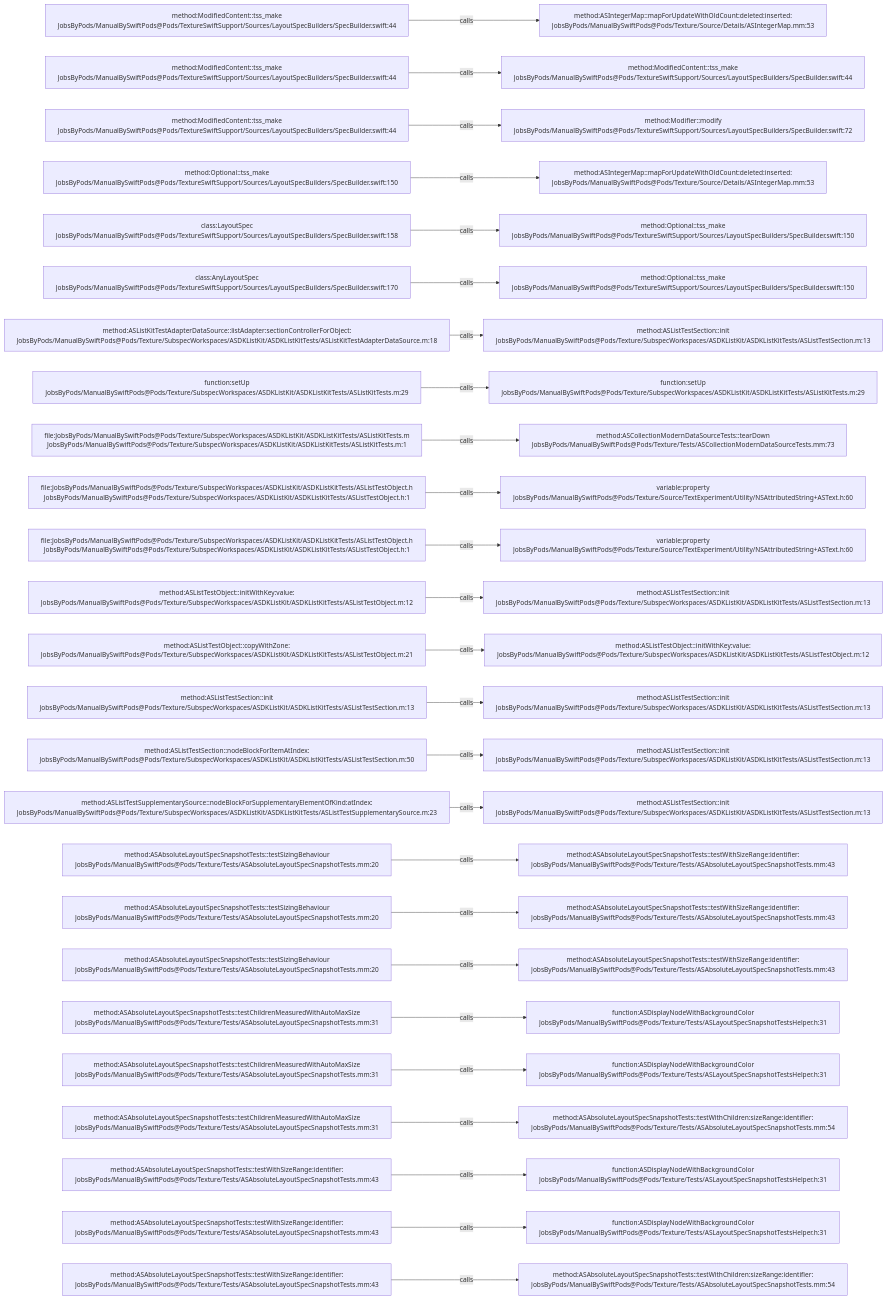
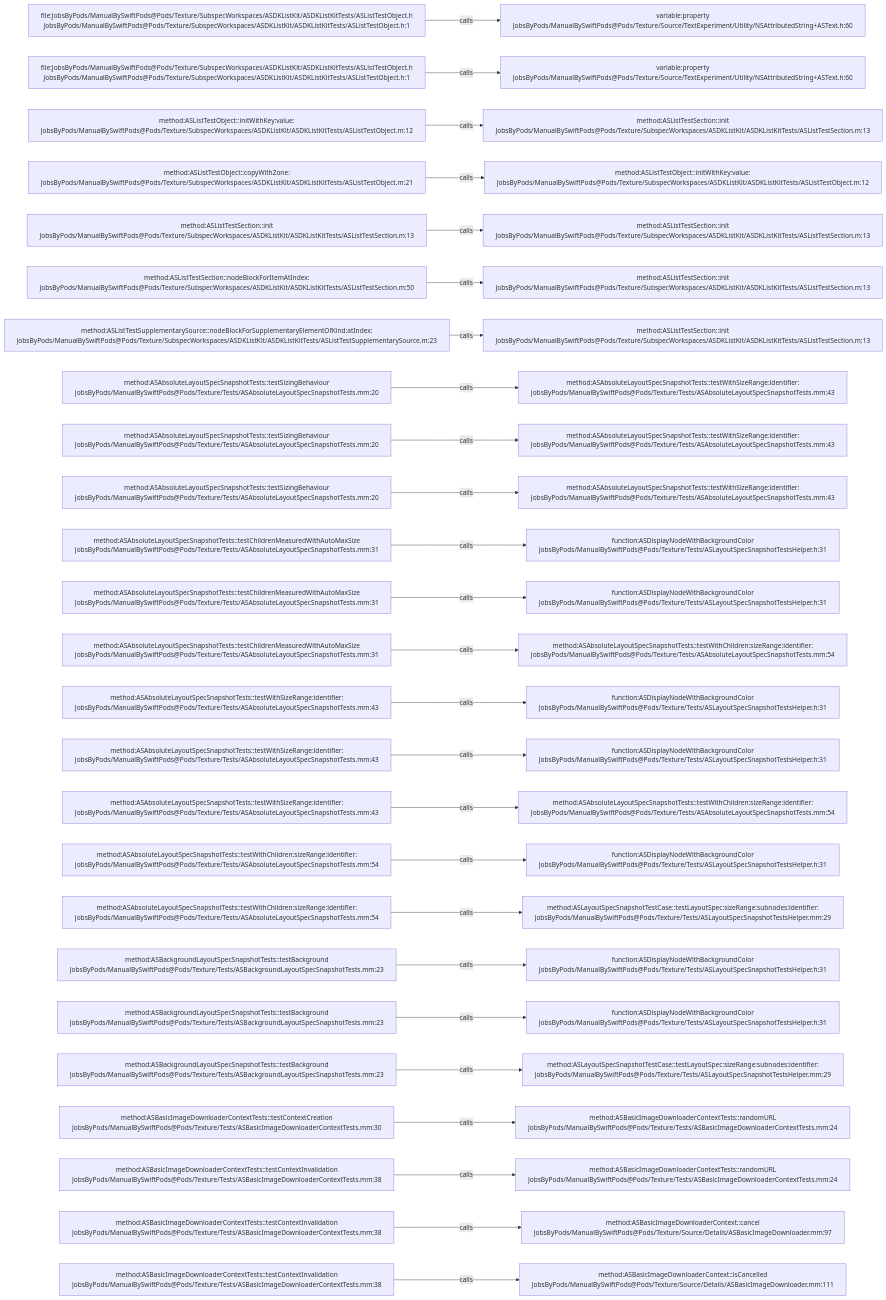
Before and after one commit to JobsKits/JobsSwiftBaseConfigDemo: the diagram in .codegraph/codegraph.md/graphs/calls-160.md, drawn with Mermaid. The commit also changed 707 other files, not shown here.

````diff
--- a/.codegraph/codegraph.md/graphs/calls-160.md
+++ b/.codegraph/codegraph.md/graphs/calls-160.md
@@ -13,78 +13,78 @@
 ```mermaid
 flowchart LR
-  S1["method:ModifiedContent::tss_make<br/>JobsByPods/ManualBySwiftPods@Pods/TextureSwiftSupport/Sources/LayoutSpecBuilders/SpecBuilder.swift:44"]
-  T1["method:ASIntegerMap::mapForUpdateWithOldCount:deleted:inserted:<br/>JobsByPods/ManualBySwiftPods@Pods/Texture/Source/Details/ASIntegerMap.mm:53"]
+  S1["file:JobsByPods/ManualBySwiftPods@Pods/Texture/SubspecWorkspaces/ASDKListKit/ASDKListKitTests/ASListTestObject.h<br/>JobsByPods/ManualBySwiftPods@Pods/Texture/SubspecWorkspaces/ASDKListKit/ASDKListKitTests/ASListTestObject.h:1"]
+  T1["variable:property<br/>JobsByPods/ManualBySwiftPods@Pods/Texture/Source/TextExperiment/Utility/NSAttributedString+ASText.h:60"]
   S1 -->|calls| T1
-  S2["method:ModifiedContent::tss_make<br/>JobsByPods/ManualBySwiftPods@Pods/TextureSwiftSupport/Sources/LayoutSpecBuilders/SpecBuilder.swift:44"]
-  T2["method:ModifiedContent::tss_make<br/>JobsByPods/ManualBySwiftPods@Pods/TextureSwiftSupport/Sources/LayoutSpecBuilders/SpecBuilder.swift:44"]
+  S2["file:JobsByPods/ManualBySwiftPods@Pods/Texture/SubspecWorkspaces/ASDKListKit/ASDKListKitTests/ASListTestObject.h<br/>JobsByPods/ManualBySwiftPods@Pods/Texture/SubspecWorkspaces/ASDKListKit/ASDKListKitTests/ASListTestObject.h:1"]
+  T2["variable:property<br/>JobsByPods/ManualBySwiftPods@Pods/Texture/Source/TextExperiment/Utility/NSAttributedString+ASText.h:60"]
   S2 -->|calls| T2
-  S3["method:ModifiedContent::tss_make<br/>JobsByPods/ManualBySwiftPods@Pods/TextureSwiftSupport/Sources/LayoutSpecBuilders/SpecBuilder.swift:44"]
-  T3["method:Modifier::modify<br/>JobsByPods/ManualBySwiftPods@Pods/TextureSwiftSupport/Sources/LayoutSpecBuilders/SpecBuilder.swift:72"]
+  S3["method:ASListTestObject::initWithKey:value:<br/>JobsByPods/ManualBySwiftPods@Pods/Texture/SubspecWorkspaces/ASDKListKit/ASDKListKitTests/ASListTestObject.m:12"]
+  T3["method:ASListTestSection::init<br/>JobsByPods/ManualBySwiftPods@Pods/Texture/SubspecWorkspaces/ASDKListKit/ASDKListKitTests/ASListTestSection.m:13"]
   S3 -->|calls| T3
-  S4["method:Optional::tss_make<br/>JobsByPods/ManualBySwiftPods@Pods/TextureSwiftSupport/Sources/LayoutSpecBuilders/SpecBuilder.swift:150"]
-  T4["method:ASIntegerMap::mapForUpdateWithOldCount:deleted:inserted:<br/>JobsByPods/ManualBySwiftPods@Pods/Texture/Source/Details/ASIntegerMap.mm:53"]
+  S4["method:ASListTestObject::copyWithZone:<br/>JobsByPods/ManualBySwiftPods@Pods/Texture/SubspecWorkspaces/ASDKListKit/ASDKListKitTests/ASListTestObject.m:21"]
+  T4["method:ASListTestObject::initWithKey:value:<br/>JobsByPods/ManualBySwiftPods@Pods/Texture/SubspecWorkspaces/ASDKListKit/ASDKListKitTests/ASListTestObject.m:12"]
   S4 -->|calls| T4
-  S5["class:LayoutSpec<br/>JobsByPods/ManualBySwiftPods@Pods/TextureSwiftSupport/Sources/LayoutSpecBuilders/SpecBuilder.swift:158"]
-  T5["method:Optional::tss_make<br/>JobsByPods/ManualBySwiftPods@Pods/TextureSwiftSupport/Sources/LayoutSpecBuilders/SpecBuilder.swift:150"]
+  S5["method:ASListTestSection::init<br/>JobsByPods/ManualBySwiftPods@Pods/Texture/SubspecWorkspaces/ASDKListKit/ASDKListKitTests/ASListTestSection.m:13"]
+  T5["method:ASListTestSection::init<br/>JobsByPods/ManualBySwiftPods@Pods/Texture/SubspecWorkspaces/ASDKListKit/ASDKListKitTests/ASListTestSection.m:13"]
   S5 -->|calls| T5
-  S6["class:AnyLayoutSpec<br/>JobsByPods/ManualBySwiftPods@Pods/TextureSwiftSupport/Sources/LayoutSpecBuilders/SpecBuilder.swift:170"]
-  T6["method:Optional::tss_make<br/>JobsByPods/ManualBySwiftPods@Pods/TextureSwiftSupport/Sources/LayoutSpecBuilders/SpecBuilder.swift:150"]
+  S6["method:ASListTestSection::nodeBlockForItemAtIndex:<br/>JobsByPods/ManualBySwiftPods@Pods/Texture/SubspecWorkspaces/ASDKListKit/ASDKListKitTests/ASListTestSection.m:50"]
+  T6["method:ASListTestSection::init<br/>JobsByPods/ManualBySwiftPods@Pods/Texture/SubspecWorkspaces/ASDKListKit/ASDKListKitTests/ASListTestSection.m:13"]
   S6 -->|calls| T6
-  S7["method:ASListKitTestAdapterDataSource::listAdapter:sectionControllerForObject:<br/>JobsByPods/ManualBySwiftPods@Pods/Texture/SubspecWorkspaces/ASDKListKit/ASDKListKitTests/ASListKitTestAdapterDataSource.m:18"]
+  S7["method:ASListTestSupplementarySource::nodeBlockForSupplementaryElementOfKind:atIndex:<br/>JobsByPods/ManualBySwiftPods@Pods/Texture/SubspecWorkspaces/ASDKListKit/ASDKListKitTests/ASListTestSupplementarySource.m:23"]
   T7["method:ASListTestSection::init<br/>JobsByPods/ManualBySwiftPods@Pods/Texture/SubspecWorkspaces/ASDKListKit/ASDKListKitTests/ASListTestSection.m:13"]
   S7 -->|calls| T7
-  S8["function:setUp<br/>JobsByPods/ManualBySwiftPods@Pods/Texture/SubspecWorkspaces/ASDKListKit/ASDKListKitTests/ASListKitTests.m:29"]
-  T8["function:setUp<br/>JobsByPods/ManualBySwiftPods@Pods/Texture/SubspecWorkspaces/ASDKListKit/ASDKListKitTests/ASListKitTests.m:29"]
+  S8["method:ASAbsoluteLayoutSpecSnapshotTests::testSizingBehaviour<br/>JobsByPods/ManualBySwiftPods@Pods/Texture/Tests/ASAbsoluteLayoutSpecSnapshotTests.mm:20"]
+  T8["method:ASAbsoluteLayoutSpecSnapshotTests::testWithSizeRange:identifier:<br/>JobsByPods/ManualBySwiftPods@Pods/Texture/Tests/ASAbsoluteLayoutSpecSnapshotTests.mm:43"]
   S8 -->|calls| T8
-  S9["file:JobsByPods/ManualBySwiftPods@Pods/Texture/SubspecWorkspaces/ASDKListKit/ASDKListKitTests/ASListKitTests.m<br/>JobsByPods/ManualBySwiftPods@Pods/Texture/SubspecWorkspaces/ASDKListKit/ASDKListKitTests/ASListKitTests.m:1"]
-  T9["method:ASCollectionModernDataSourceTests::tearDown<br/>JobsByPods/ManualBySwiftPods@Pods/Texture/Tests/ASCollectionModernDataSourceTests.mm:73"]
+  S9["method:ASAbsoluteLayoutSpecSnapshotTests::testSizingBehaviour<br/>JobsByPods/ManualBySwiftPods@Pods/Texture/Tests/ASAbsoluteLayoutSpecSnapshotTests.mm:20"]
+  T9["method:ASAbsoluteLayoutSpecSnapshotTests::testWithSizeRange:identifier:<br/>JobsByPods/ManualBySwiftPods@Pods/Texture/Tests/ASAbsoluteLayoutSpecSnapshotTests.mm:43"]
   S9 -->|calls| T9
-  S10["file:JobsByPods/ManualBySwiftPods@Pods/Texture/SubspecWorkspaces/ASDKListKit/ASDKListKitTests/ASListTestObject.h<br/>JobsByPods/ManualBySwiftPods@Pods/Texture/SubspecWorkspaces/ASDKListKit/ASDKListKitTests/ASListTestObject.h:1"]
-  T10["variable:property<br/>JobsByPods/ManualBySwiftPods@Pods/Texture/Source/TextExperiment/Utility/NSAttributedString+ASText.h:60"]
+  S10["method:ASAbsoluteLayoutSpecSnapshotTests::testSizingBehaviour<br/>JobsByPods/ManualBySwiftPods@Pods/Texture/Tests/ASAbsoluteLayoutSpecSnapshotTests.mm:20"]
+  T10["method:ASAbsoluteLayoutSpecSnapshotTests::testWithSizeRange:identifier:<br/>JobsByPods/ManualBySwiftPods@Pods/Texture/Tests/ASAbsoluteLayoutSpecSnapshotTests.mm:43"]
   S10 -->|calls| T10
-  S11["file:JobsByPods/ManualBySwiftPods@Pods/Texture/SubspecWorkspaces/ASDKListKit/ASDKListKitTests/ASListTestObject.h<br/>JobsByPods/ManualBySwiftPods@Pods/Texture/SubspecWorkspaces/ASDKListKit/ASDKListKitTests/ASListTestObject.h:1"]
-  T11["variable:property<br/>JobsByPods/ManualBySwiftPods@Pods/Texture/Source/TextExperiment/Utility/NSAttributedString+ASText.h:60"]
+  S11["method:ASAbsoluteLayoutSpecSnapshotTests::testChildrenMeasuredWithAutoMaxSize<br/>JobsByPods/ManualBySwiftPods@Pods/Texture/Tests/ASAbsoluteLayoutSpecSnapshotTests.mm:31"]
+  T11["function:ASDisplayNodeWithBackgroundColor<br/>JobsByPods/ManualBySwiftPods@Pods/Texture/Tests/ASLayoutSpecSnapshotTestsHelper.h:31"]
   S11 -->|calls| T11
-  S12["method:ASListTestObject::initWithKey:value:<br/>JobsByPods/ManualBySwiftPods@Pods/Texture/SubspecWorkspaces/ASDKListKit/ASDKListKitTests/ASListTestObject.m:12"]
-  T12["method:ASListTestSection::init<br/>JobsByPods/ManualBySwiftPods@Pods/Texture/SubspecWorkspaces/ASDKListKit/ASDKListKitTests/ASListTestSection.m:13"]
+  S12["method:ASAbsoluteLayoutSpecSnapshotTests::testChildrenMeasuredWithAutoMaxSize<br/>JobsByPods/ManualBySwiftPods@Pods/Texture/Tests/ASAbsoluteLayoutSpecSnapshotTests.mm:31"]
+  T12["function:ASDisplayNodeWithBackgroundColor<br/>JobsByPods/ManualBySwiftPods@Pods/Texture/Tests/ASLayoutSpecSnapshotTestsHelper.h:31"]
   S12 -->|calls| T12
-  S13["method:ASListTestObject::copyWithZone:<br/>JobsByPods/ManualBySwiftPods@Pods/Texture/SubspecWorkspaces/ASDKListKit/ASDKListKitTests/ASListTestObject.m:21"]
-  T13["method:ASListTestObject::initWithKey:value:<br/>JobsByPods/ManualBySwiftPods@Pods/Texture/SubspecWorkspaces/ASDKListKit/ASDKListKitTests/ASListTestObject.m:12"]
+  S13["method:ASAbsoluteLayoutSpecSnapshotTests::testChildrenMeasuredWithAutoMaxSize<br/>JobsByPods/ManualBySwiftPods@Pods/Texture/Tests/ASAbsoluteLayoutSpecSnapshotTests.mm:31"]
+  T13["method:ASAbsoluteLayoutSpecSnapshotTests::testWithChildren:sizeRange:identifier:<br/>JobsByPods/ManualBySwiftPods@Pods/Texture/Tests/ASAbsoluteLayoutSpecSnapshotTests.mm:54"]
   S13 -->|calls| T13
-  S14["method:ASListTestSection::init<br/>JobsByPods/ManualBySwiftPods@Pods/Texture/SubspecWorkspaces/ASDKListKit/ASDKListKitTests/ASListTestSection.m:13"]
-  T14["method:ASListTestSection::init<br/>JobsByPods/ManualBySwiftPods@Pods/Texture/SubspecWorkspaces/ASDKListKit/ASDKListKitTests/ASListTestSection.m:13"]
+  S14["method:ASAbsoluteLayoutSpecSnapshotTests::testWithSizeRange:identifier:<br/>JobsByPods/ManualBySwiftPods@Pods/Texture/Tests/ASAbsoluteLayoutSpecSnapshotTests.mm:43"]
+  T14["function:ASDisplayNodeWithBackgroundColor<br/>JobsByPods/ManualBySwiftPods@Pods/Texture/Tests/ASLayoutSpecSnapshotTestsHelper.h:31"]
   S14 -->|calls| T14
-  S15["method:ASListTestSection::nodeBlockForItemAtIndex:<br/>JobsByPods/ManualBySwiftPods@Pods/Texture/SubspecWorkspaces/ASDKListKit/ASDKListKitTests/ASListTestSection.m:50"]
-  T15["method:ASListTestSection::init<br/>JobsByPods/ManualBySwiftPods@Pods/Texture/SubspecWorkspaces/ASDKListKit/ASDKListKitTests/ASListTestSection.m:13"]
+  S15["method:ASAbsoluteLayoutSpecSnapshotTests::testWithSizeRange:identifier:<br/>JobsByPods/ManualBySwiftPods@Pods/Texture/Tests/ASAbsoluteLayoutSpecSnapshotTests.mm:43"]
+  T15["function:ASDisplayNodeWithBackgroundColor<br/>JobsByPods/ManualBySwiftPods@Pods/Texture/Tests/ASLayoutSpecSnapshotTestsHelper.h:31"]
   S15 -->|calls| T15
-  S16["method:ASListTestSupplementarySource::nodeBlockForSupplementaryElementOfKind:atIndex:<br/>JobsByPods/ManualBySwiftPods@Pods/Texture/SubspecWorkspaces/ASDKListKit/ASDKListKitTests/ASListTestSupplementarySource.m:23"]
-  T16["method:ASListTestSection::init<br/>JobsByPods/ManualBySwiftPods@Pods/Texture/SubspecWorkspaces/ASDKListKit/ASDKListKitTests/ASListTestSection.m:13"]
+  S16["method:ASAbsoluteLayoutSpecSnapshotTests::testWithSizeRange:identifier:<br/>JobsByPods/ManualBySwiftPods@Pods/Texture/Tests/ASAbsoluteLayoutSpecSnapshotTests.mm:43"]
+  T16["method:ASAbsoluteLayoutSpecSnapshotTests::testWithChildren:sizeRange:identifier:<br/>JobsByPods/ManualBySwiftPods@Pods/Texture/Tests/ASAbsoluteLayoutSpecSnapshotTests.mm:54"]
   S16 -->|calls| T16
-  S17["method:ASAbsoluteLayoutSpecSnapshotTests::testSizingBehaviour<br/>JobsByPods/ManualBySwiftPods@Pods/Texture/Tests/ASAbsoluteLayoutSpecSnapshotTests.mm:20"]
-  T17["method:ASAbsoluteLayoutSpecSnapshotTests::testWithSizeRange:identifier:<br/>JobsByPods/ManualBySwiftPods@Pods/Texture/Tests/ASAbsoluteLayoutSpecSnapshotTests.mm:43"]
+  S17["method:ASAbsoluteLayoutSpecSnapshotTests::testWithChildren:sizeRange:identifier:<br/>JobsByPods/ManualBySwiftPods@Pods/Texture/Tests/ASAbsoluteLayoutSpecSnapshotTests.mm:54"]
+  T17["function:ASDisplayNodeWithBackgroundColor<br/>JobsByPods/ManualBySwiftPods@Pods/Texture/Tests/ASLayoutSpecSnapshotTestsHelper.h:31"]
   S17 -->|calls| T17
-  S18["method:ASAbsoluteLayoutSpecSnapshotTests::testSizingBehaviour<br/>JobsByPods/ManualBySwiftPods@Pods/Texture/Tests/ASAbsoluteLayoutSpecSnapshotTests.mm:20"]
-  T18["method:ASAbsoluteLayoutSpecSnapshotTests::testWithSizeRange:identifier:<br/>JobsByPods/ManualBySwiftPods@Pods/Texture/Tests/ASAbsoluteLayoutSpecSnapshotTests.mm:43"]
+  S18["method:ASAbsoluteLayoutSpecSnapshotTests::testWithChildren:sizeRange:identifier:<br/>JobsByPods/ManualBySwiftPods@Pods/Texture/Tests/ASAbsoluteLayoutSpecSnapshotTests.mm:54"]
+  T18["method:ASLayoutSpecSnapshotTestCase::testLayoutSpec:sizeRange:subnodes:identifier:<br/>JobsByPods/ManualBySwiftPods@Pods/Texture/Tests/ASLayoutSpecSnapshotTestsHelper.mm:29"]
   S18 -->|calls| T18
-  S19["method:ASAbsoluteLayoutSpecSnapshotTests::testSizingBehaviour<br/>JobsByPods/ManualBySwiftPods@Pods/Texture/Tests/ASAbsoluteLayoutSpecSnapshotTests.mm:20"]
-  T19["method:ASAbsoluteLayoutSpecSnapshotTests::testWithSizeRange:identifier:<br/>JobsByPods/ManualBySwiftPods@Pods/Texture/Tests/ASAbsoluteLayoutSpecSnapshotTests.mm:43"]
+  S19["method:ASBackgroundLayoutSpecSnapshotTests::testBackground<br/>JobsByPods/ManualBySwiftPods@Pods/Texture/Tests/ASBackgroundLayoutSpecSnapshotTests.mm:23"]
+  T19["function:ASDisplayNodeWithBackgroundColor<br/>JobsByPods/ManualBySwiftPods@Pods/Texture/Tests/ASLayoutSpecSnapshotTestsHelper.h:31"]
   S19 -->|calls| T19
-  S20["method:ASAbsoluteLayoutSpecSnapshotTests::testChildrenMeasuredWithAutoMaxSize<br/>JobsByPods/ManualBySwiftPods@Pods/Texture/Tests/ASAbsoluteLayoutSpecSnapshotTests.mm:31"]
+  S20["method:ASBackgroundLayoutSpecSnapshotTests::testBackground<br/>JobsByPods/ManualBySwiftPods@Pods/Texture/Tests/ASBackgroundLayoutSpecSnapshotTests.mm:23"]
   T20["function:ASDisplayNodeWithBackgroundColor<br/>JobsByPods/ManualBySwiftPods@Pods/Texture/Tests/ASLayoutSpecSnapshotTestsHelper.h:31"]
   S20 -->|calls| T20
-  S21["method:ASAbsoluteLayoutSpecSnapshotTests::testChildrenMeasuredWithAutoMaxSize<br/>JobsByPods/ManualBySwiftPods@Pods/Texture/Tests/ASAbsoluteLayoutSpecSnapshotTests.mm:31"]
-  T21["function:ASDisplayNodeWithBackgroundColor<br/>JobsByPods/ManualBySwiftPods@Pods/Texture/Tests/ASLayoutSpecSnapshotTestsHelper.h:31"]
+  S21["method:ASBackgroundLayoutSpecSnapshotTests::testBackground<br/>JobsByPods/ManualBySwiftPods@Pods/Texture/Tests/ASBackgroundLayoutSpecSnapshotTests.mm:23"]
+  T21["method:ASLayoutSpecSnapshotTestCase::testLayoutSpec:sizeRange:subnodes:identifier:<br/>JobsByPods/ManualBySwiftPods@Pods/Texture/Tests/ASLayoutSpecSnapshotTestsHelper.mm:29"]
   S21 -->|calls| T21
-  S22["method:ASAbsoluteLayoutSpecSnapshotTests::testChildrenMeasuredWithAutoMaxSize<br/>JobsByPods/ManualBySwiftPods@Pods/Texture/Tests/ASAbsoluteLayoutSpecSnapshotTests.mm:31"]
-  T22["method:ASAbsoluteLayoutSpecSnapshotTests::testWithChildren:sizeRange:identifier:<br/>JobsByPods/ManualBySwiftPods@Pods/Texture/Tests/ASAbsoluteLayoutSpecSnapshotTests.mm:54"]
+  S22["method:ASBasicImageDownloaderContextTests::testContextCreation<br/>JobsByPods/ManualBySwiftPods@Pods/Texture/Tests/ASBasicImageDownloaderContextTests.mm:30"]
+  T22["method:ASBasicImageDownloaderContextTests::randomURL<br/>JobsByPods/ManualBySwiftPods@Pods/Texture/Tests/ASBasicImageDownloaderContextTests.mm:24"]
   S22 -->|calls| T22
-  S23["method:ASAbsoluteLayoutSpecSnapshotTests::testWithSizeRange:identifier:<br/>JobsByPods/ManualBySwiftPods@Pods/Texture/Tests/ASAbsoluteLayoutSpecSnapshotTests.mm:43"]
-  T23["function:ASDisplayNodeWithBackgroundColor<br/>JobsByPods/ManualBySwiftPods@Pods/Texture/Tests/ASLayoutSpecSnapshotTestsHelper.h:31"]
+  S23["method:ASBasicImageDownloaderContextTests::testContextInvalidation<br/>JobsByPods/ManualBySwiftPods@Pods/Texture/Tests/ASBasicImageDownloaderContextTests.mm:38"]
+  T23["method:ASBasicImageDownloaderContextTests::randomURL<br/>JobsByPods/ManualBySwiftPods@Pods/Texture/Tests/ASBasicImageDownloaderContextTests.mm:24"]
   S23 -->|calls| T23
-  S24["method:ASAbsoluteLayoutSpecSnapshotTests::testWithSizeRange:identifier:<br/>JobsByPods/ManualBySwiftPods@Pods/Texture/Tests/ASAbsoluteLayoutSpecSnapshotTests.mm:43"]
-  T24["function:ASDisplayNodeWithBackgroundColor<br/>JobsByPods/ManualBySwiftPods@Pods/Texture/Tests/ASLayoutSpecSnapshotTestsHelper.h:31"]
+  S24["method:ASBasicImageDownloaderContextTests::testContextInvalidation<br/>JobsByPods/ManualBySwiftPods@Pods/Texture/Tests/ASBasicImageDownloaderContextTests.mm:38"]
+  T24["method:ASBasicImageDownloaderContext::cancel<br/>JobsByPods/ManualBySwiftPods@Pods/Texture/Source/Details/ASBasicImageDownloader.mm:97"]
   S24 -->|calls| T24
-  S25["method:ASAbsoluteLayoutSpecSnapshotTests::testWithSizeRange:identifier:<br/>JobsByPods/ManualBySwiftPods@Pods/Texture/Tests/ASAbsoluteLayoutSpecSnapshotTests.mm:43"]
-  T25["method:ASAbsoluteLayoutSpecSnapshotTests::testWithChildren:sizeRange:identifier:<br/>JobsByPods/ManualBySwiftPods@Pods/Texture/Tests/ASAbsoluteLayoutSpecSnapshotTests.mm:54"]
+  S25["method:ASBasicImageDownloaderContextTests::testContextInvalidation<br/>JobsByPods/ManualBySwiftPods@Pods/Texture/Tests/ASBasicImageDownloaderContextTests.mm:38"]
+  T25["method:ASBasicImageDownloaderContext::isCancelled<br/>JobsByPods/ManualBySwiftPods@Pods/Texture/Source/Details/ASBasicImageDownloader.mm:111"]
   S25 -->|calls| T25
 ```
````
